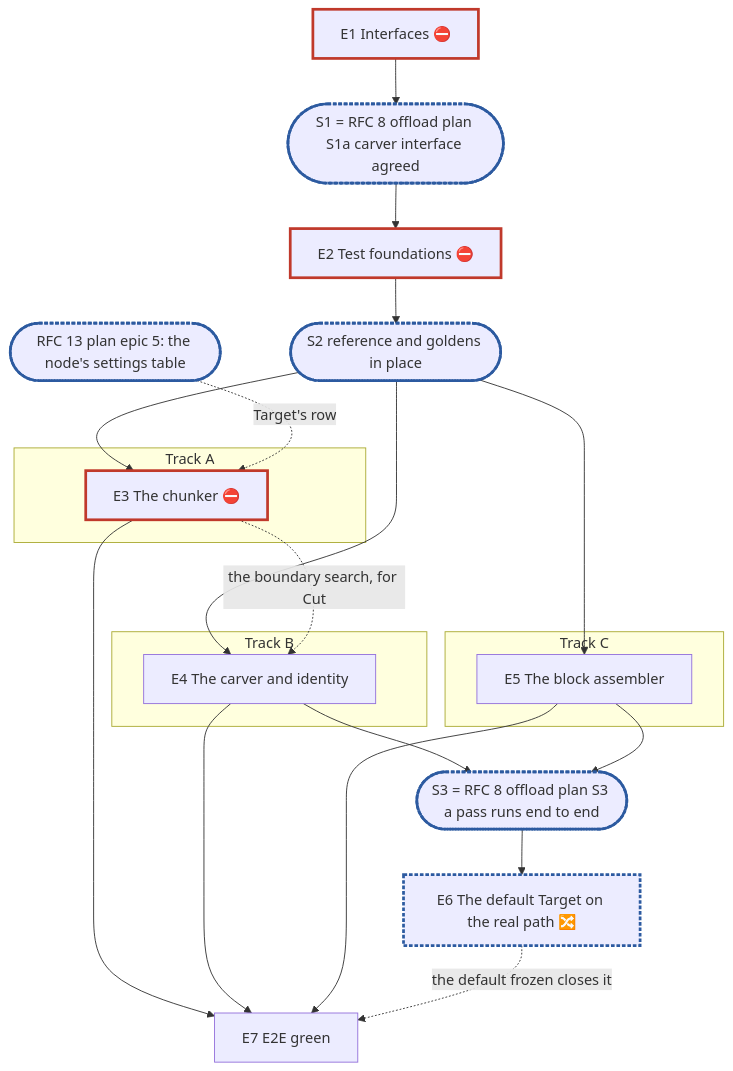
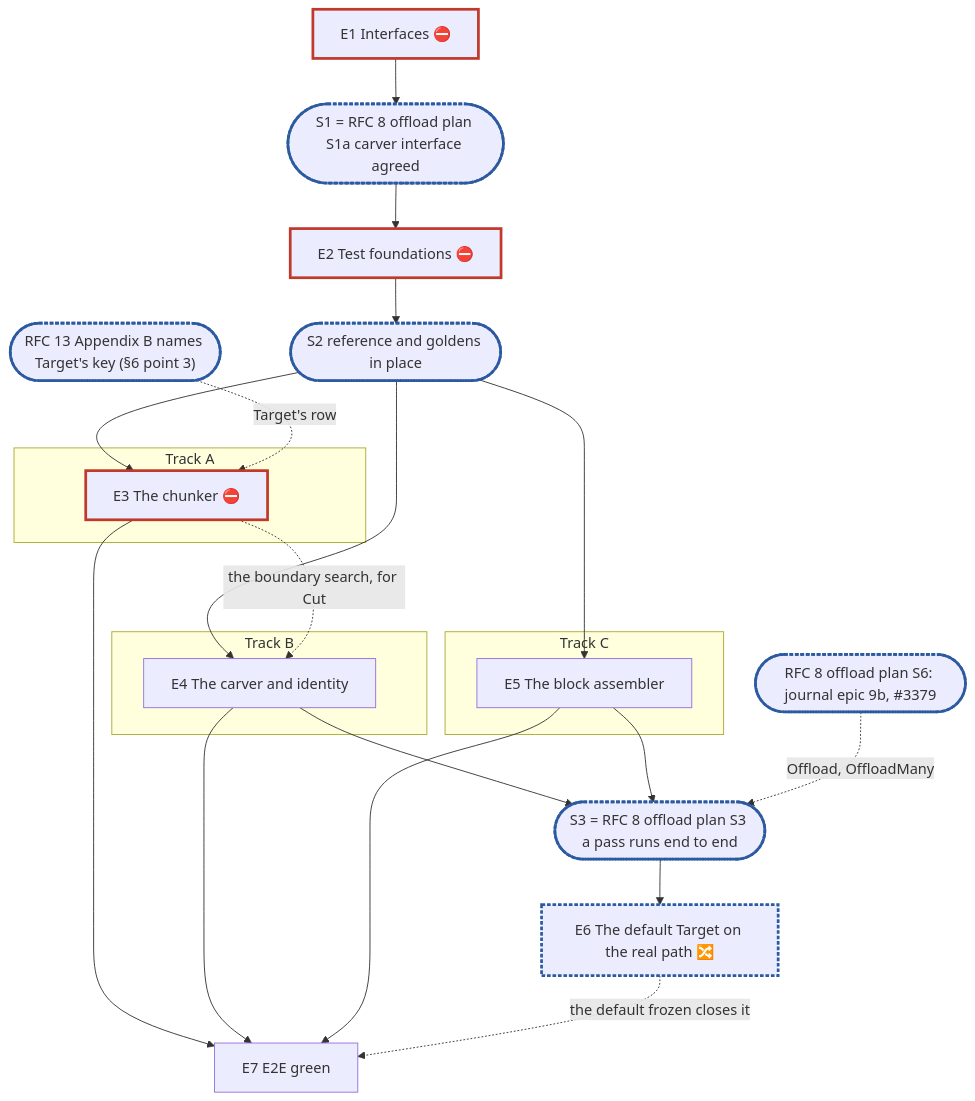
One commit to cubbit/dittofs changed the diagram in .planning/rfc-2-carver-plan.md. Above: the diagram before and after it, drawn with Mermaid. The commit also changed other lines of this file, not shown here.

Commit message:
docs(planning): match the RFC 2 plan to the journal, engine and kvstore code

````diff
--- a/.planning/rfc-2-carver-plan.md
+++ b/.planning/rfc-2-carver-plan.md
@@ -269,23 +276,24 @@
 ```mermaid
 flowchart TD
   E1["E1 Interfaces ⛔"]:::blocker --> S1(["S1 = RFC 8 offload plan S1a carver interface agreed"]):::sync
   S1 --> E2["E2 Test foundations ⛔"]:::blocker --> S2(["S2 reference and goldens in place"]):::sync
   subgraph A["Track A"]
     E3["E3 The chunker ⛔"]:::blocker
   end
   subgraph B["Track B"]
     E4["E4 The carver and identity"]
   end
   subgraph C["Track C"]
     E5["E5 The block assembler"]
   end
   S2 --> E3 & E4 & E5
-  X2(["RFC 13 plan epic 5: the node's settings table"]):::sync -. "Target's row" .-> E3
+  X2(["RFC 13 Appendix B names Target's key (§6 point 3)"]):::sync -. "Target's row" .-> E3
   E3 -. "the boundary search, for Cut" .-> E4
   E4 & E5 --> S3(["S3 = RFC 8 offload plan S3 a pass runs end to end"]):::sync
+  X6(["RFC 8 offload plan S6: journal epic 9b, #3379"]):::sync -. "Offload, OffloadMany" .-> S3
   S3 --> E6["E6 The default Target on the real path 🔀"]:::sync
   E3 & E4 & E5 --> E7["E7 E2E green"]
   E6 -. "the default frozen closes it" .-> E7
   classDef blocker stroke:#c0392b,stroke-width:3px
   classDef sync stroke:#2c5aa0,stroke-width:3px,stroke-dasharray:4 2
 ```
````
